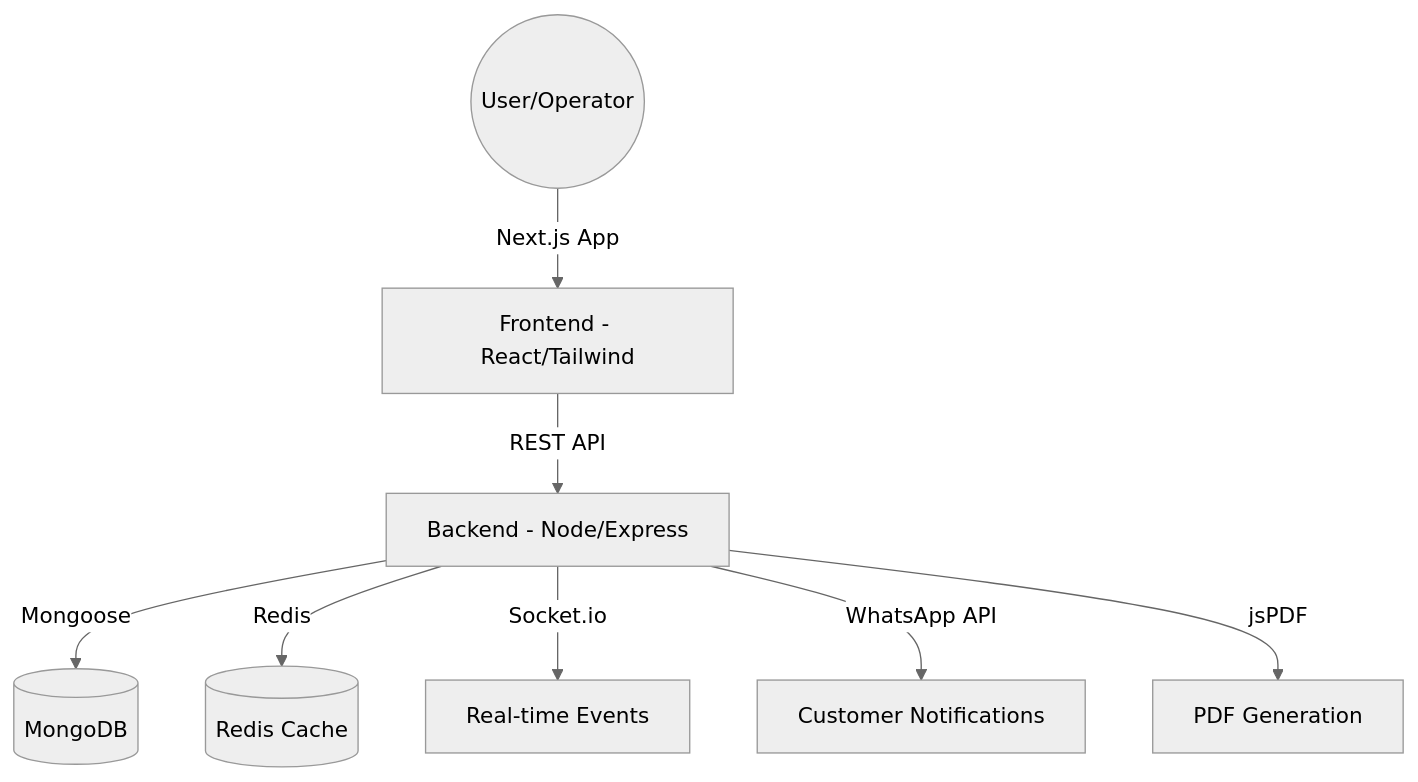
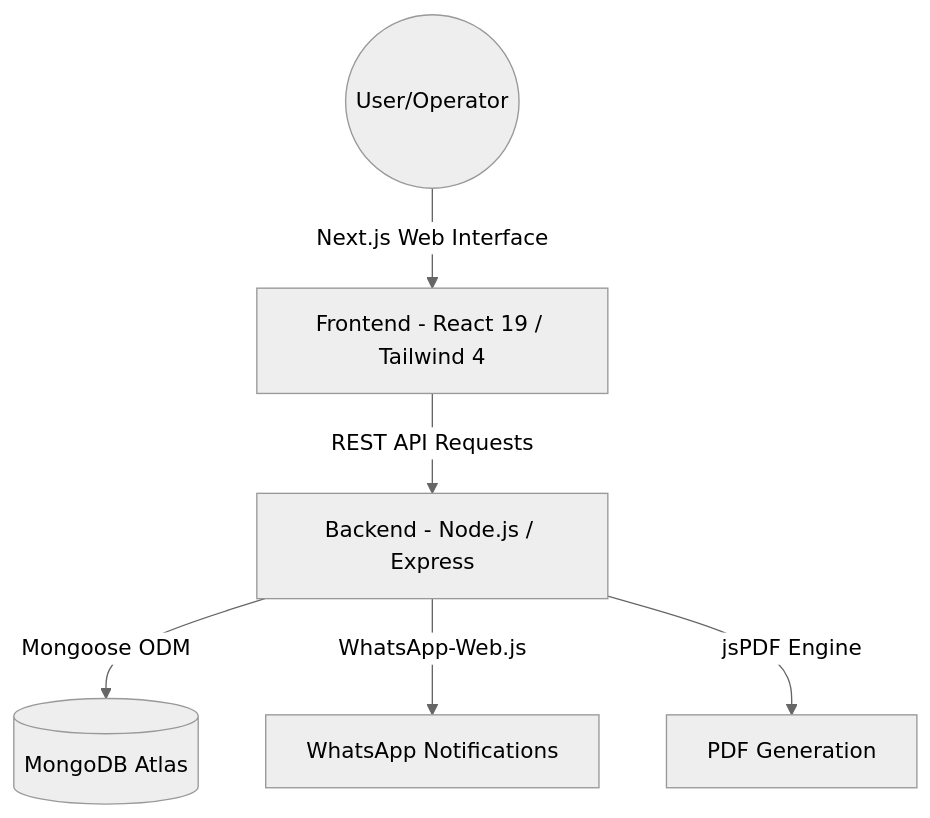
The first of 2 diagrams in README.md (visubhai/HackDevengers), drawn with Mermaid (neutral theme) before and after one commit. The commit also changed other lines of this file, not shown here.

````diff
--- a/README.md
+++ b/README.md
@@ -16,10 +22,8 @@
 ```mermaid
 graph TD
-    User((User/Operator)) -->|Next.js App| Frontend[Frontend - React/Tailwind]
-    Frontend -->|REST API| Backend[Backend - Node/Express]
-    Backend -->|Mongoose| DB[(MongoDB)]
-    Backend -->|Redis| Cache[(Redis Cache)]
-    Backend -->|Socket.io| Live[Real-time Events]
-    Backend -->|WhatsApp API| Notify[Customer Notifications]
-    Backend -->|jsPDF| Docs[PDF Generation]
+    User((User/Operator)) -->|Next.js Web Interface| Frontend[Frontend - React 19 / Tailwind 4]
+    Frontend -->|REST API Requests| Backend[Backend - Node.js / Express]
+    Backend -->|Mongoose ODM| DB[(MongoDB Atlas)]
+    Backend -->|WhatsApp-Web.js| SMS[WhatsApp Notifications]
+    Backend -->|jsPDF Engine| Docs[PDF Generation]
 ```
````
